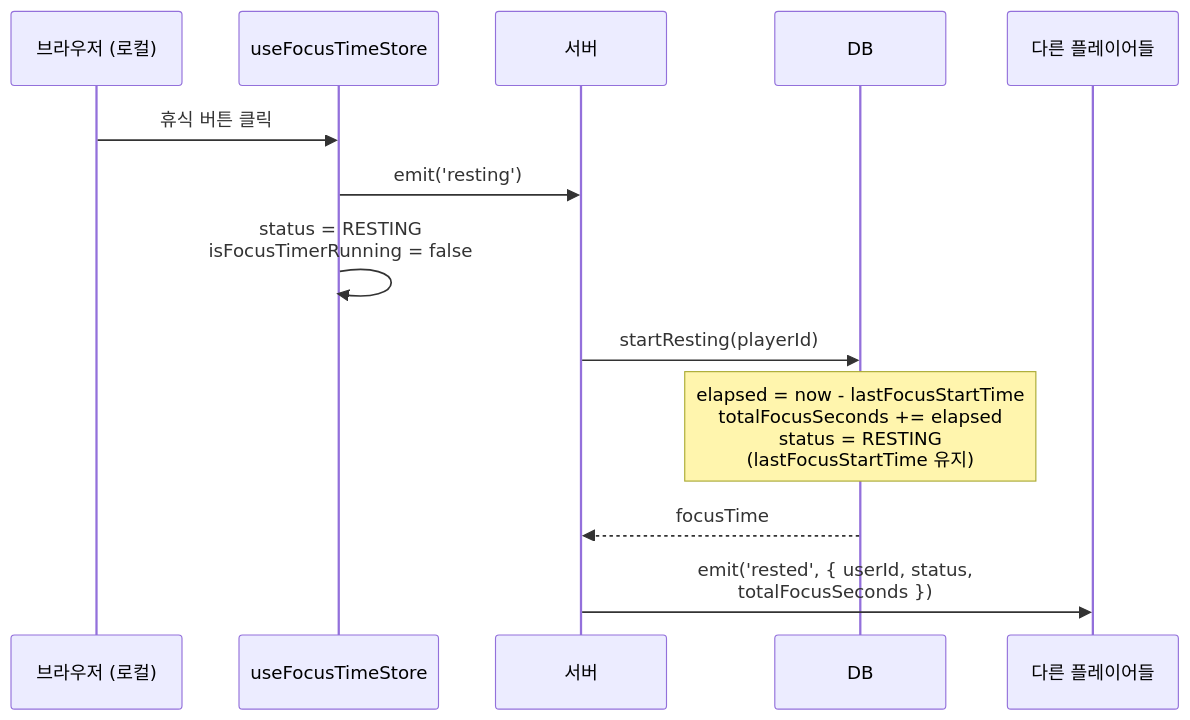
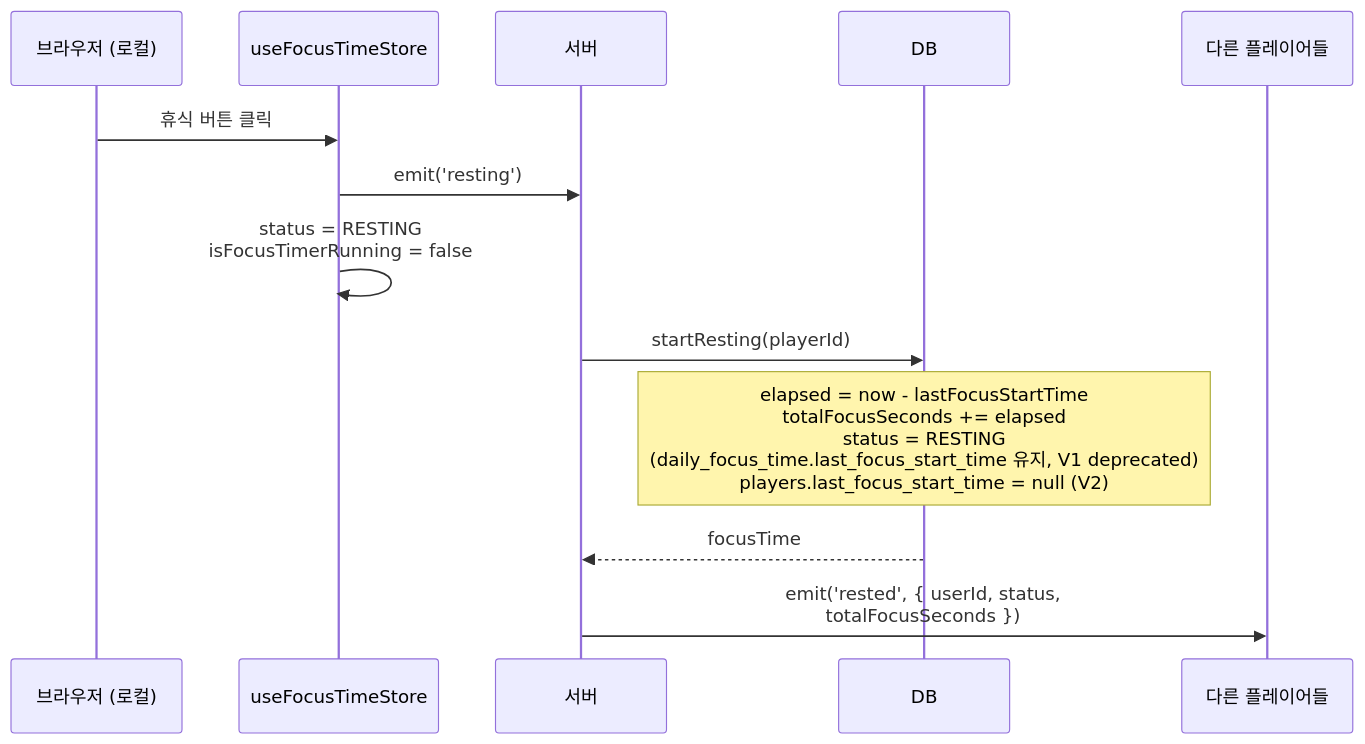
One commit to boostcampwm2025/web19-estrogenquattro changed the third of 8 diagrams in docs/features/FOCUS_TIME.md. Above: the diagram before and after it, drawn with Mermaid. The commit also changed other lines of this file and 97 other files, not shown here.

````diff
--- a/docs/features/FOCUS_TIME.md
+++ b/docs/features/FOCUS_TIME.md
@@ -99,18 +101,18 @@
 ```mermaid
 sequenceDiagram
     participant Browser as 브라우저 (로컬)
     participant Store as useFocusTimeStore
     participant Server as 서버
     participant DB as DB
     participant Others as 다른 플레이어들
 
     Browser->>Store: 휴식 버튼 클릭
     Store->>Server: emit('resting')
     Store->>Store: status = RESTING<br/>isFocusTimerRunning = false
 
     Server->>DB: startResting(playerId)
-    Note over DB: elapsed = now - lastFocusStartTime<br/>totalFocusSeconds += elapsed<br/>status = RESTING<br/>(lastFocusStartTime 유지)
+    Note over DB: elapsed = now - lastFocusStartTime<br/>totalFocusSeconds += elapsed<br/>status = RESTING<br/>(daily_focus_time.last_focus_start_time 유지, V1 deprecated)<br/>players.last_focus_start_time = null (V2)
     DB-->>Server: focusTime
 
     Server->>Others: emit('rested', { userId, status,<br/>totalFocusSeconds })
 ```
````
